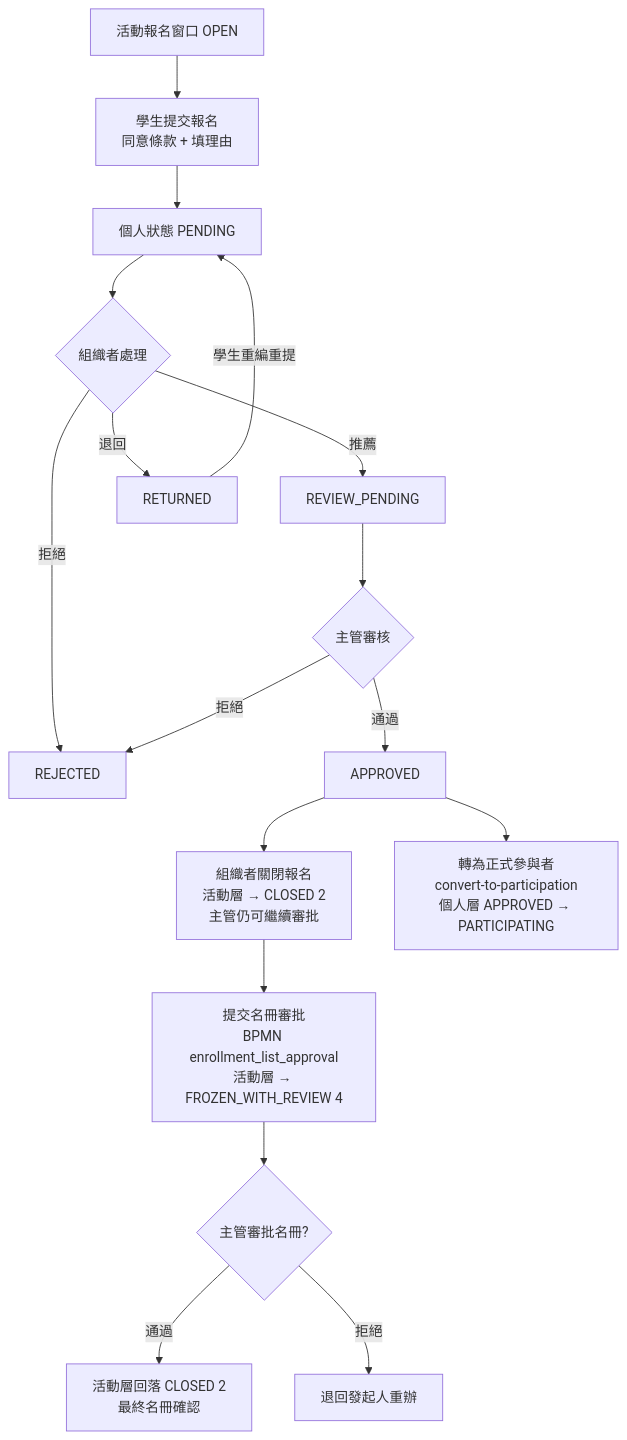
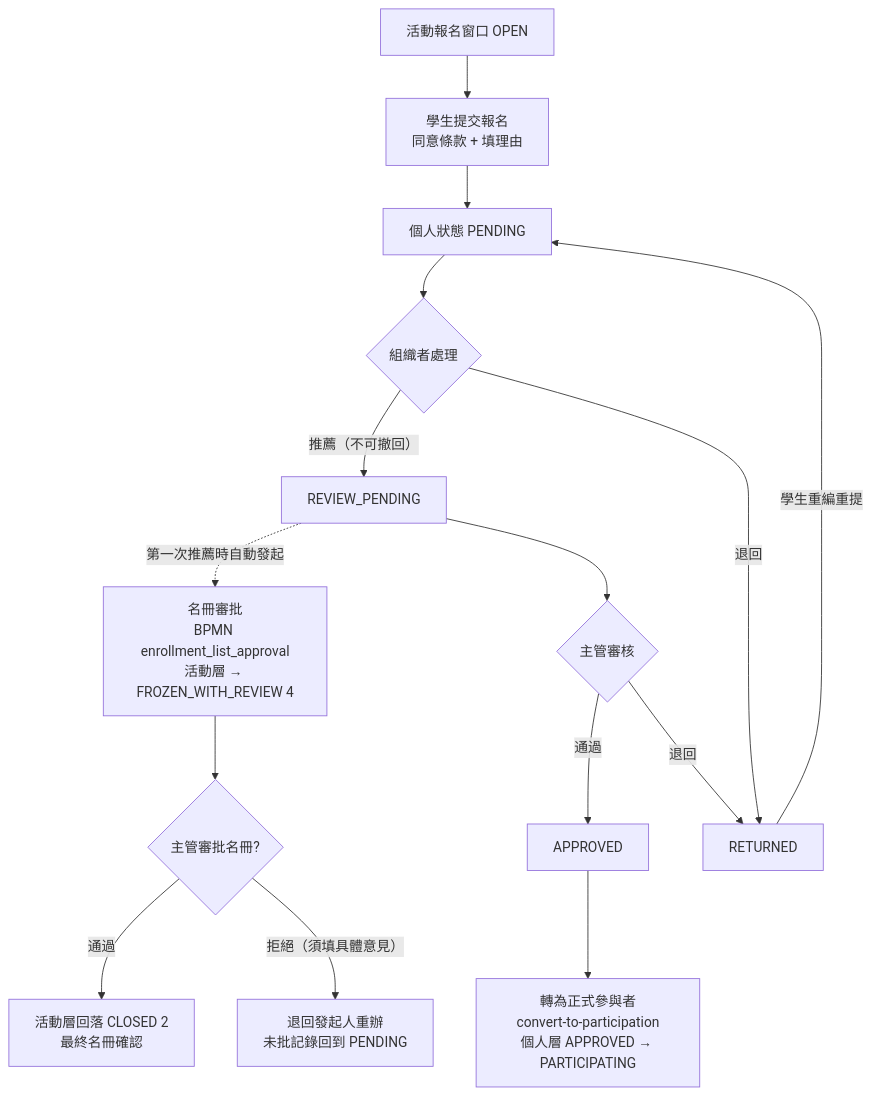
Before and after one commit to OneStar-Projects/SLAS-Docs: the diagram in activity-enrollment-guide.md, drawn with Mermaid. The commit also changed other lines of this file and 12 other files, not shown here.

````diff
--- a/activity-enrollment-guide.md
+++ b/activity-enrollment-guide.md
@@ -104,19 +109,17 @@
 ```mermaid
 flowchart TD
     A[活動報名窗口 OPEN] --> B[學生提交報名<br/>同意條款 + 填理由]
     B --> C[個人狀態 PENDING]
     C --> D{組織者處理}
-    D -- 推薦 --> E[REVIEW_PENDING]
+    D -->|"推薦（不可撤回）"| E[REVIEW_PENDING]
     D -- 退回 --> F[RETURNED]
-    D -- 拒絕 --> G[REJECTED]
     F -- 學生重編重提 --> C
+    E -.->|"第一次推薦時自動發起"| K[名冊審批<br/>BPMN enrollment_list_approval<br/>活動層 → FROZEN_WITH_REVIEW 4]
     E --> H{主管審核}
     H -- 通過 --> I[APPROVED]
-    H -- 拒絕 --> G
-    I --> J[組織者關閉報名<br/>活動層 → CLOSED 2<br/>主管仍可繼續審批]
-    J --> K[提交名冊審批<br/>BPMN enrollment_list_approval<br/>活動層 → FROZEN_WITH_REVIEW 4]
+    H -- 退回 --> F
     K --> L{主管審批名冊?}
     L -- 通過 --> M[活動層回落 CLOSED 2<br/>最終名冊確認]
-    L -- 拒絕 --> N[退回發起人重辦]
+    L -->|"拒絕（須填具體意見）"| N[退回發起人重辦<br/>未批記錄回到 PENDING]
     I --> P[轉為正式參與者<br/>convert-to-participation<br/>個人層 APPROVED → PARTICIPATING]
 ```
````
